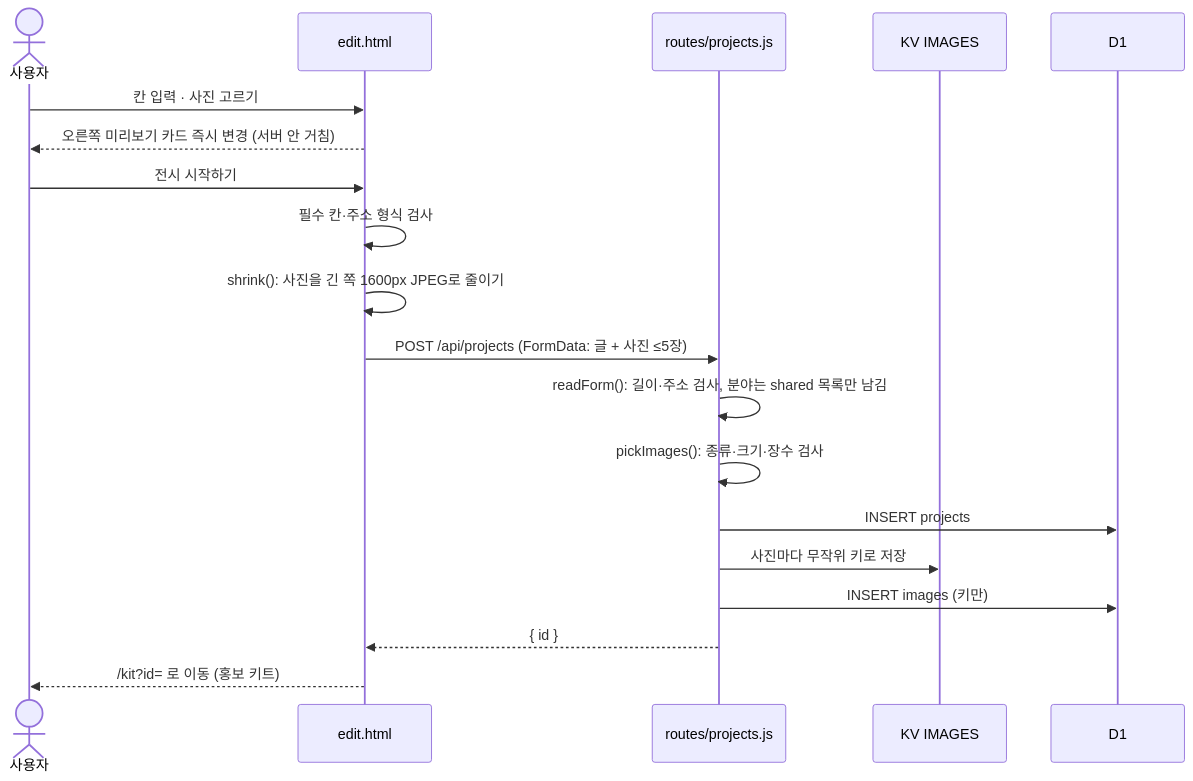
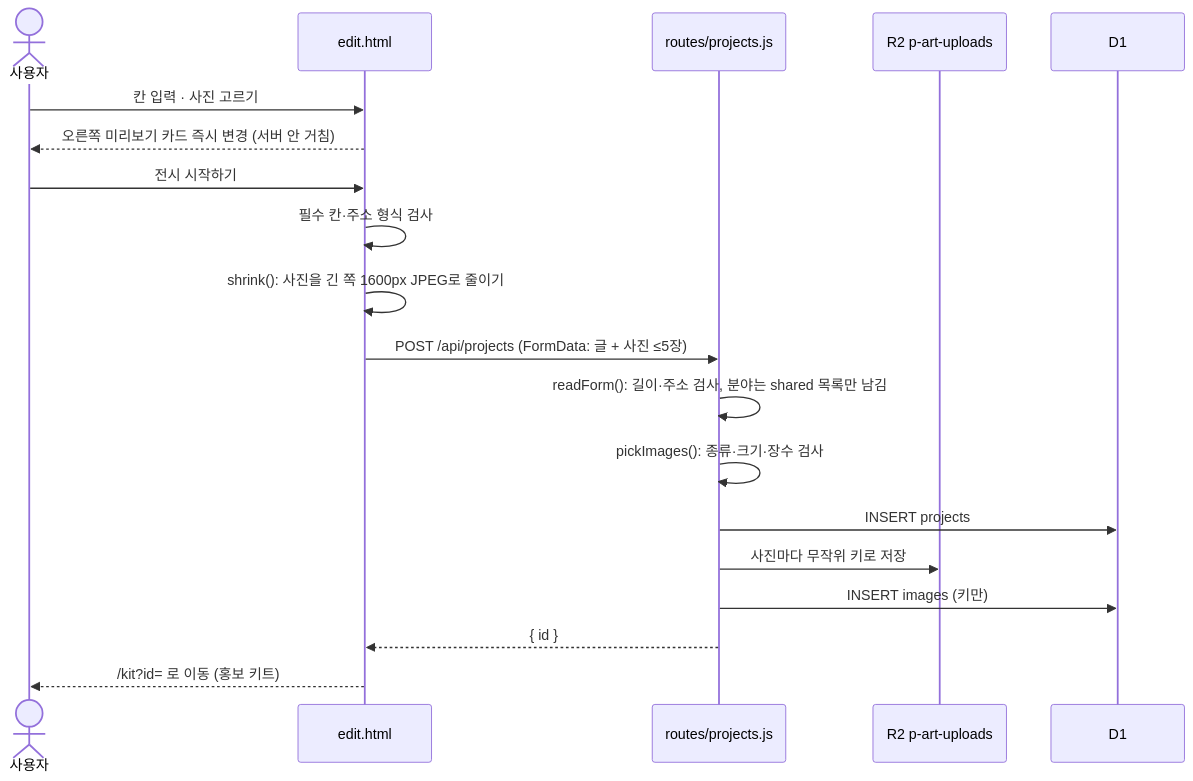
Before and after one commit to 10x4hs/p-art: the fourth of 8 diagrams in docs/WORKFLOW.md, drawn with Mermaid. The commit also changed other lines of this file and 30 other files, not shown here.

````diff
--- a/docs/WORKFLOW.md
+++ b/docs/WORKFLOW.md
@@ -110,22 +110,22 @@
 ```mermaid
 sequenceDiagram
   actor U as 사용자
   participant E as edit.html
   participant P as routes/projects.js
-  participant KV as KV IMAGES
+  participant R2 as R2 p-art-uploads
   participant DB as D1
 
   U->>E: 칸 입력 · 사진 고르기
   E-->>U: 오른쪽 미리보기 카드 즉시 변경 (서버 안 거침)
   U->>E: 전시 시작하기
   E->>E: 필수 칸·주소 형식 검사
   E->>E: shrink(): 사진을 긴 쪽 1600px JPEG로 줄이기
   E->>P: POST /api/projects (FormData: 글 + 사진 ≤5장)
   P->>P: readForm(): 길이·주소 검사, 분야는 shared 목록만 남김
   P->>P: pickImages(): 종류·크기·장수 검사
   P->>DB: INSERT projects
-  P->>KV: 사진마다 무작위 키로 저장
+  P->>R2: 사진마다 무작위 키로 저장
   P->>DB: INSERT images (키만)
   P-->>E: { id }
   E-->>U: /kit?id= 로 이동 (홍보 키트)
 ```
````
